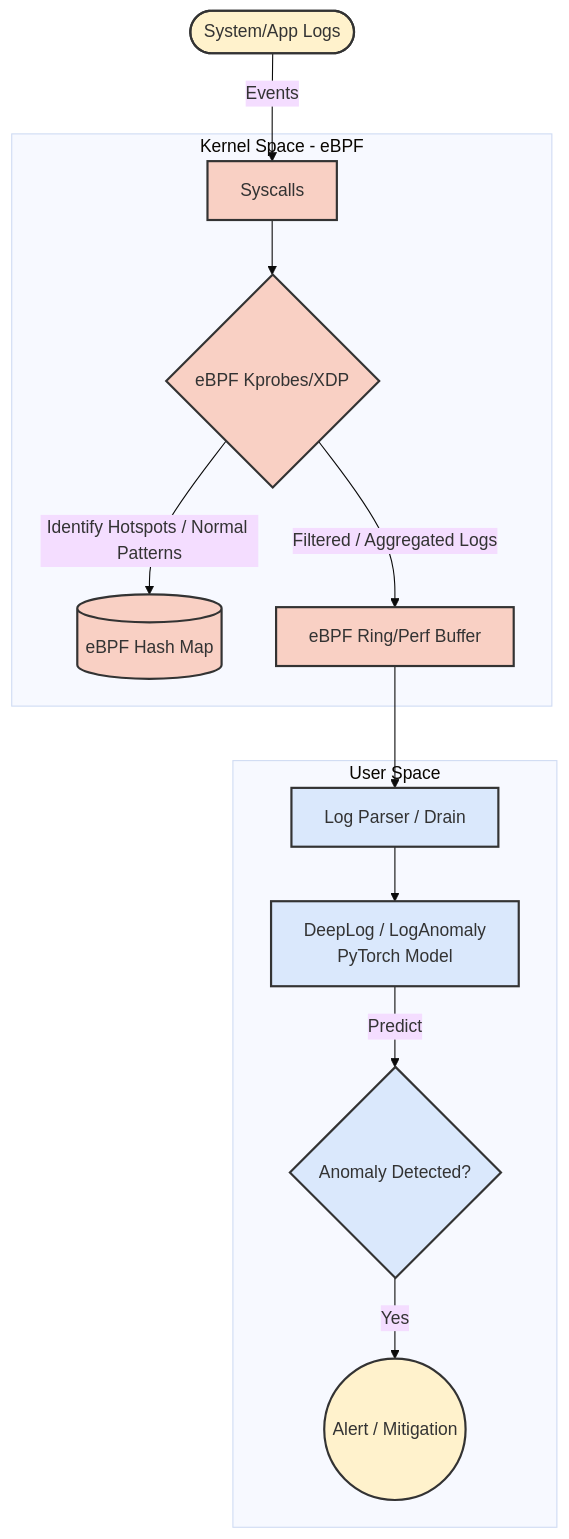
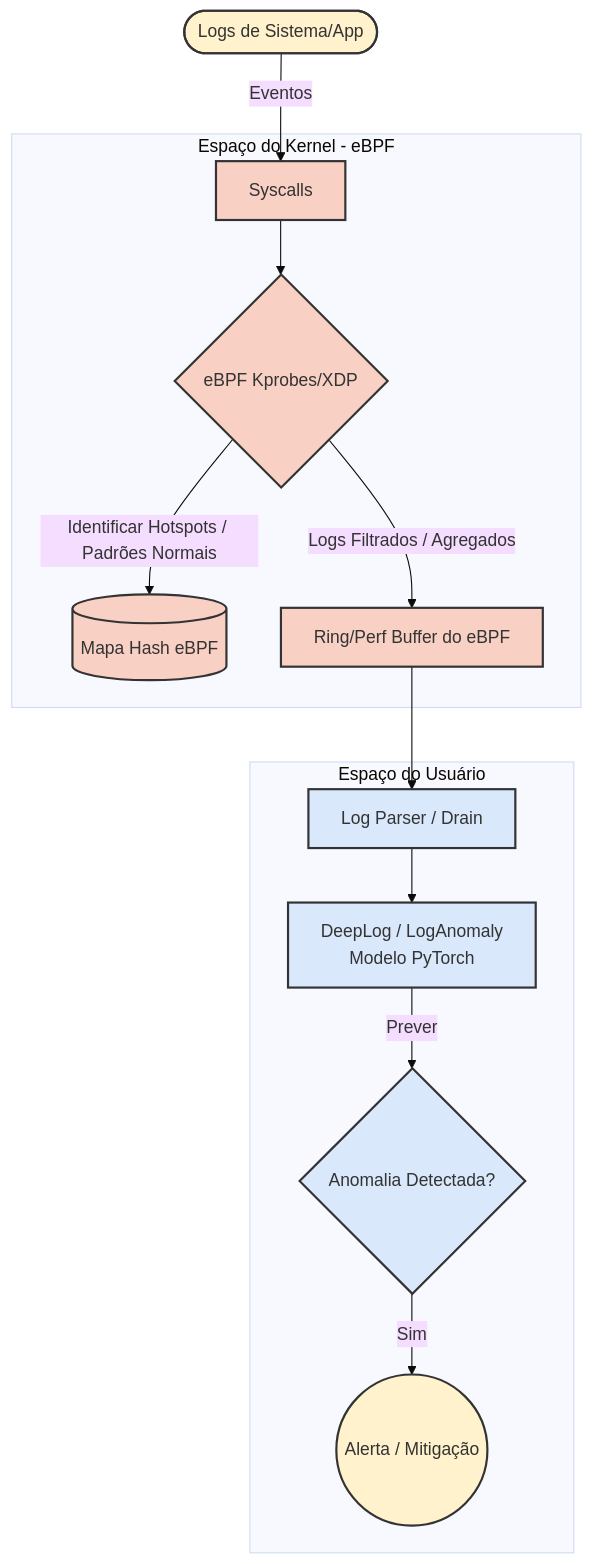
Before and after one commit to alan-saar/Logscan-XDP: the diagram in README.md, drawn with Mermaid (base theme). The commit also changed other lines of this file, not shown here.

````diff
--- a/README.md
+++ b/README.md
@@ -21,23 +21,23 @@
 ```mermaid
 graph TD;
     classDef kernel fill:#f9d0c4,stroke:#333,stroke-width:2px;
     classDef user fill:#dae8fc,stroke:#333,stroke-width:2px;
     classDef external fill:#fff2cc,stroke:#333,stroke-width:2px;
 
-    LogSource([System/App Logs]) -->|Events| Syscalls:::kernel
+    LogSource([Logs de Sistema/App]) -->|Eventos| Syscalls:::kernel
 
-    subgraph Kernel Space [Kernel Space - eBPF]
+    subgraph Kernel Space [Espaço do Kernel - eBPF]
         Syscalls --> eBPFProg{eBPF Kprobes/XDP}:::kernel
-        eBPFProg -->|Identify Hotspots / Normal Patterns| BPFMap[(eBPF Hash Map)]:::kernel
-        eBPFProg -- Filtered / Aggregated Logs --> PerfBuffer[eBPF Ring/Perf Buffer]:::kernel
+        eBPFProg -->|Identificar Hotspots / Padrões Normais| BPFMap[(Mapa Hash eBPF)]:::kernel
+        eBPFProg -- Logs Filtrados / Agregados --> PerfBuffer[Ring/Perf Buffer do eBPF]:::kernel
     end
 
-    subgraph User Space [User Space]
+    subgraph User Space [Espaço do Usuário]
         PerfBuffer --> LogParser[Log Parser / Drain]:::user
-        LogParser --> DeepLog[DeepLog / LogAnomaly <br/> PyTorch Model]:::user
-        DeepLog -->|Predict| AnomalyDetect{Anomaly Detected?}:::user
-        AnomalyDetect -- Yes --> Alert((Alert / Mitigation)):::user
+        LogParser --> DeepLog[DeepLog / LogAnomaly <br/> Modelo PyTorch]:::user
+        DeepLog -->|Prever| AnomalyDetect{Anomalia Detectada?}:::user
+        AnomalyDetect -- Sim --> Alert((Alerta / Mitigação)):::user
     end
 
     class LogSource,Alert external;
 ```
````
